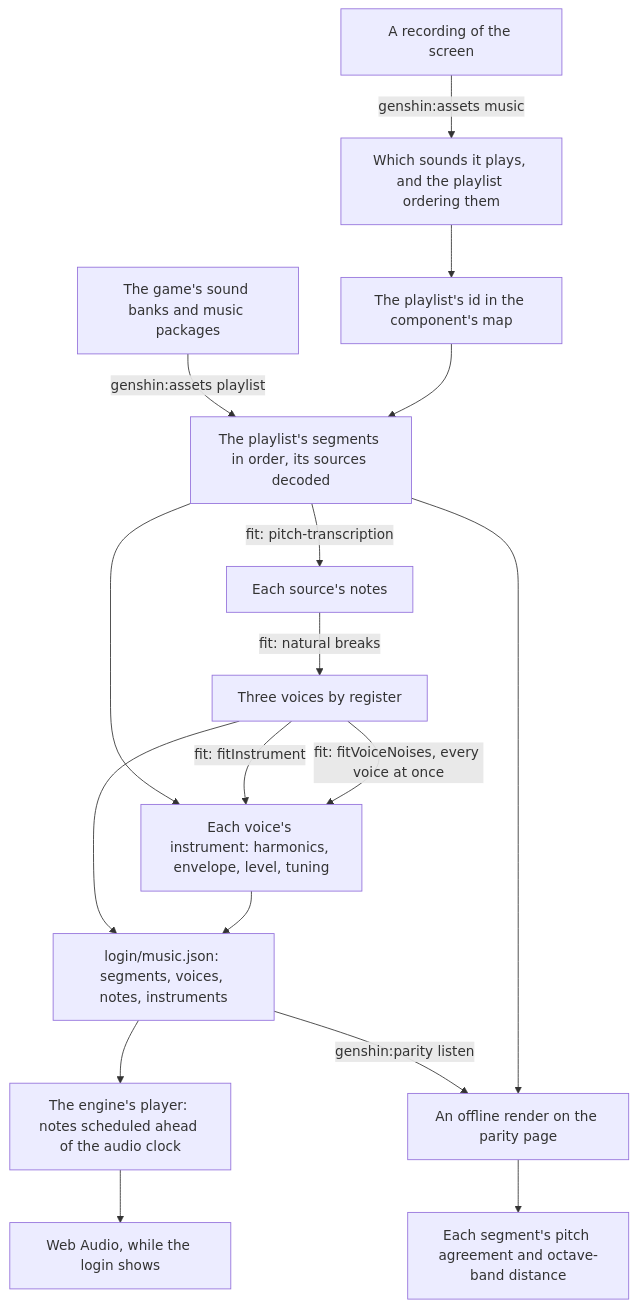
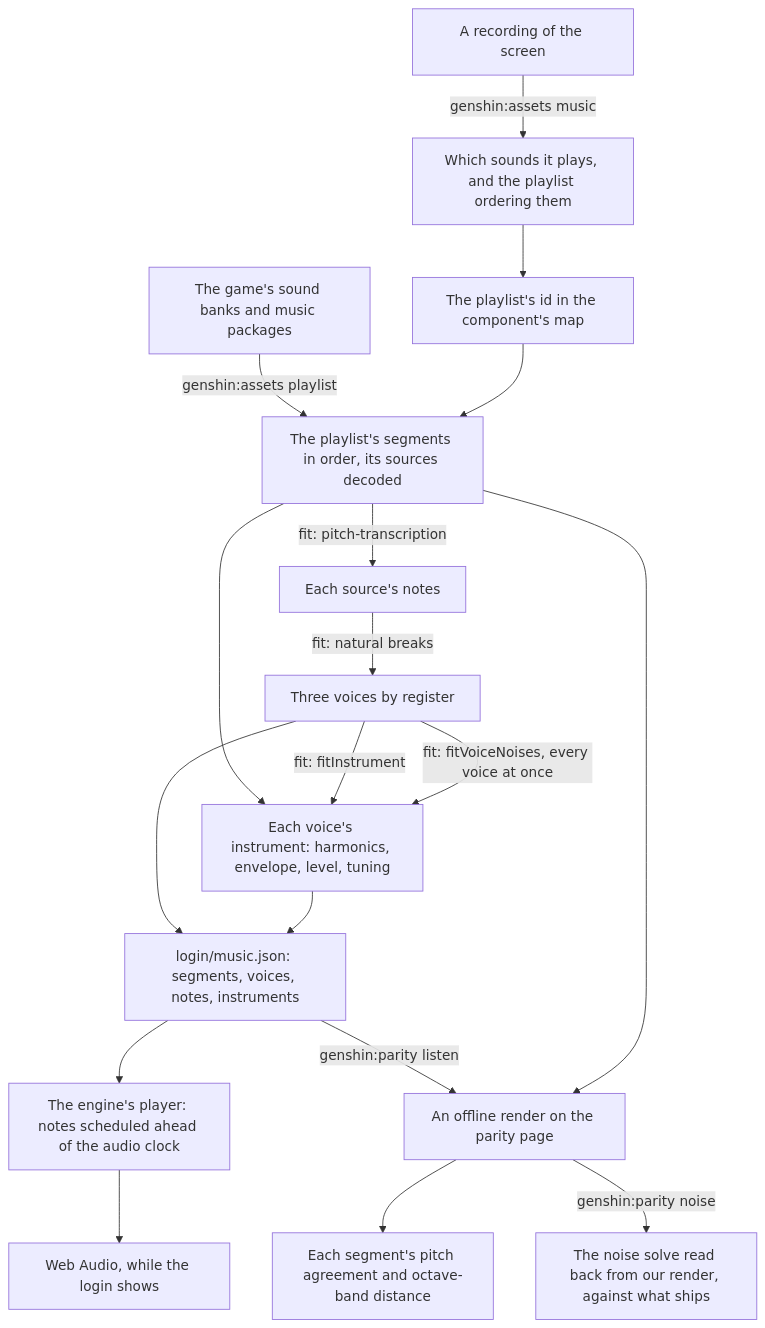
The diagram in apps/web/content/docs/genshin/music.md (Esposter/Esposter), drawn with Mermaid before and after one commit. The commit also changed other lines of this file and 10 other files, not shown here.

First line of the commit message:
feat(scripts): read the music's noise back from our own render

````diff
--- a/apps/web/content/docs/genshin/music.md
+++ b/apps/web/content/docs/genshin/music.md
@@ -12,19 +12,20 @@
 ```mermaid
 flowchart TD
   R["A recording of the screen"] -->|"genshin:assets music"| S["Which sounds it plays, and the playlist ordering them"]
   S --> M["The playlist's id in the component's map"]
   B["The game's sound banks and music packages"] -->|"genshin:assets playlist"| P["The playlist's segments in order, its sources decoded"]
   M --> P
   P -->|"fit: pitch-transcription"| N["Each source's notes"]
   N -->|"fit: natural breaks"| V["Three voices by register"]
   P --> I
   V -->|"fit: fitInstrument"| I["Each voice's instrument: harmonics, envelope, level, tuning"]
   V -->|"fit: fitVoiceNoises, every voice at once"| I
   V --> J["login/music.json: segments, voices, notes, instruments"]
   I --> J
   J --> E["The engine's player: notes scheduled ahead of the audio clock"]
   E --> W["Web Audio, while the login shows"]
   J -->|"genshin:parity listen"| L["An offline render on the parity page"]
   P --> L
   L --> C["Each segment's pitch agreement and octave-band distance"]
+  L -->|"genshin:parity noise"| R2["The noise solve read back from our render, against what ships"]
 ```
````
